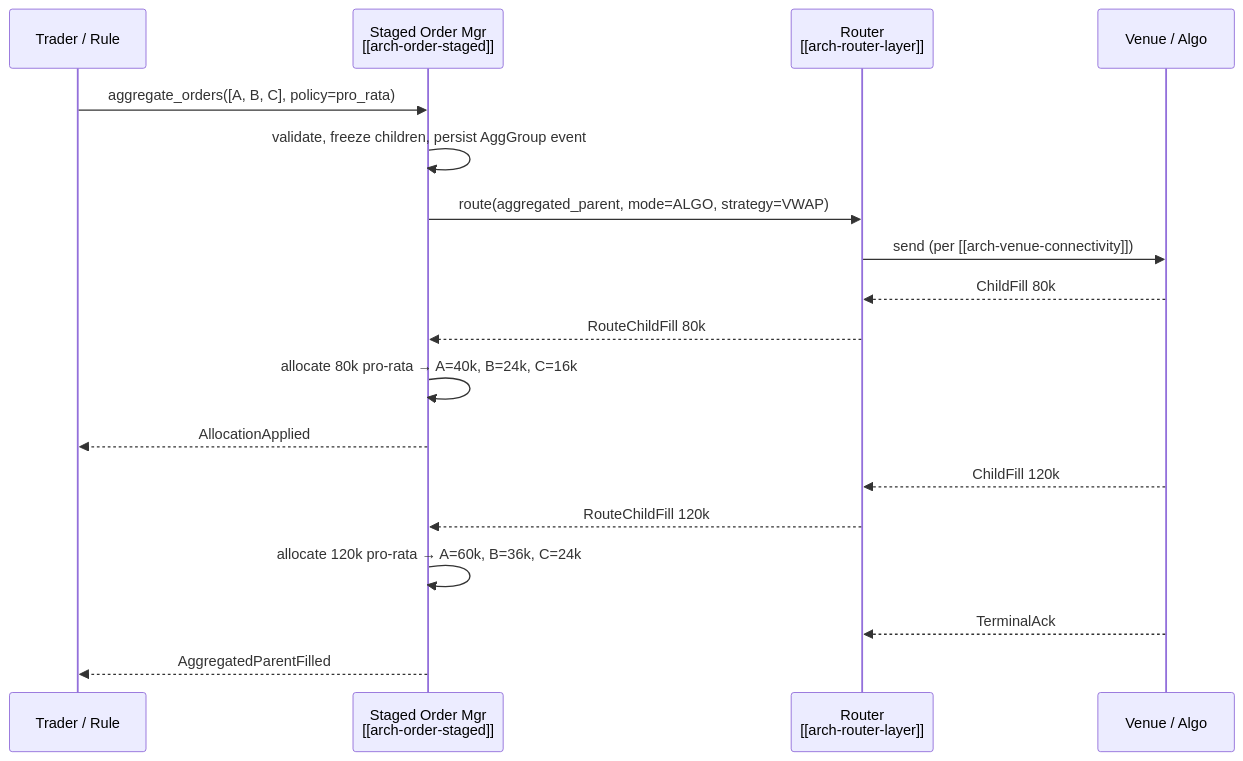
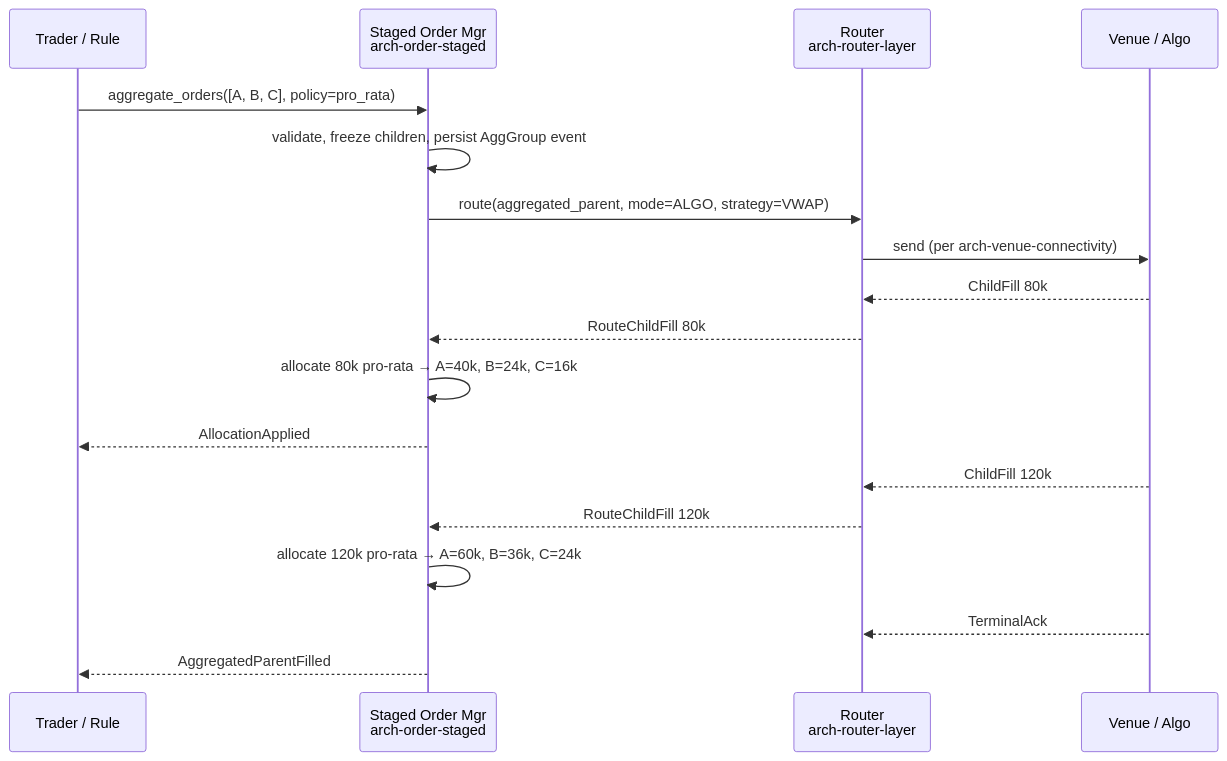
Before and after one commit to yksi7417/cross_asset_ems: the second of 2 diagrams in 80_architecture/arch-aggregation.md, drawn with Mermaid. The commit also changed 39 other files, not shown here.

First line of the commit message:
fix: strip Obsidian wikilinks from Mermaid blocks (Quartz render bug)

````diff
--- a/80_architecture/arch-aggregation.md
+++ b/80_architecture/arch-aggregation.md
@@ -70,21 +70,21 @@
 ```mermaid
 sequenceDiagram
   participant T as Trader / Rule
-  participant O as Staged Order Mgr<br/>[[arch-order-staged]]
-  participant R as Router<br/>[[arch-router-layer]]
+  participant O as Staged Order Mgr<br/>arch-order-staged
+  participant R as Router<br/>arch-router-layer
   participant V as Venue / Algo
 
   T->>O: aggregate_orders([A, B, C], policy=pro_rata)
   O->>O: validate, freeze children, persist AggGroup event
   O->>R: route(aggregated_parent, mode=ALGO, strategy=VWAP)
-  R->>V: send (per [[arch-venue-connectivity]])
+  R->>V: send (per arch-venue-connectivity)
   V-->>R: ChildFill 80k
   R-->>O: RouteChildFill 80k
   O->>O: allocate 80k pro-rata → A=40k, B=24k, C=16k
   O-->>T: AllocationApplied
   V-->>R: ChildFill 120k
   R-->>O: RouteChildFill 120k
   O->>O: allocate 120k pro-rata → A=60k, B=36k, C=24k
   V-->>R: TerminalAck
   O-->>T: AggregatedParentFilled
 ```
````
